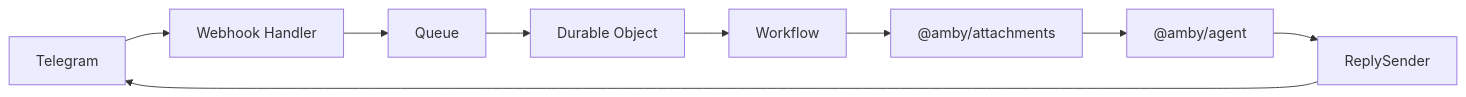
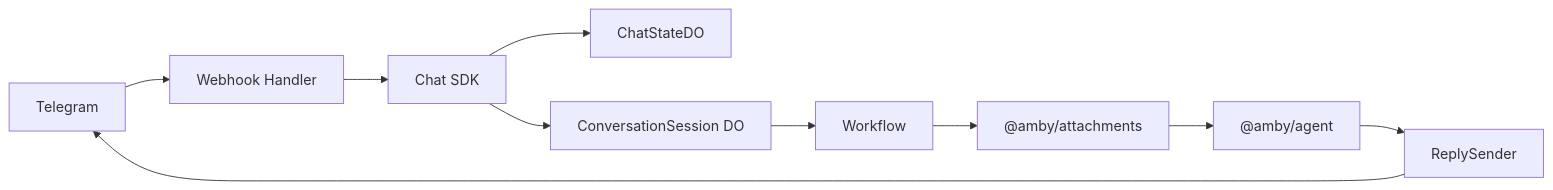
One commit to punitarani/amby changed the second of 2 diagrams in docs/ARCHITECTURE.md. Above: the diagram before and after it, drawn with Mermaid. The commit also changed other lines of this file and 6 other files, not shown here.

````diff
--- a/docs/ARCHITECTURE.md
+++ b/docs/ARCHITECTURE.md
@@ -93,11 +93,12 @@
 ```mermaid
 flowchart LR
     TG[Telegram] --> WH[Webhook Handler]
-    WH --> Q[Queue]
-    Q --> DO[Durable Object]
+    WH --> SDK[Chat SDK]
+    SDK --> State[ChatStateDO]
+    SDK --> DO[ConversationSession DO]
     DO --> WF[Workflow]
     WF --> Attach["@amby/attachments"]
     Attach --> Agent["@amby/agent"]
     Agent --> Sender["ReplySender"]
     Sender --> TG
 ```
````
